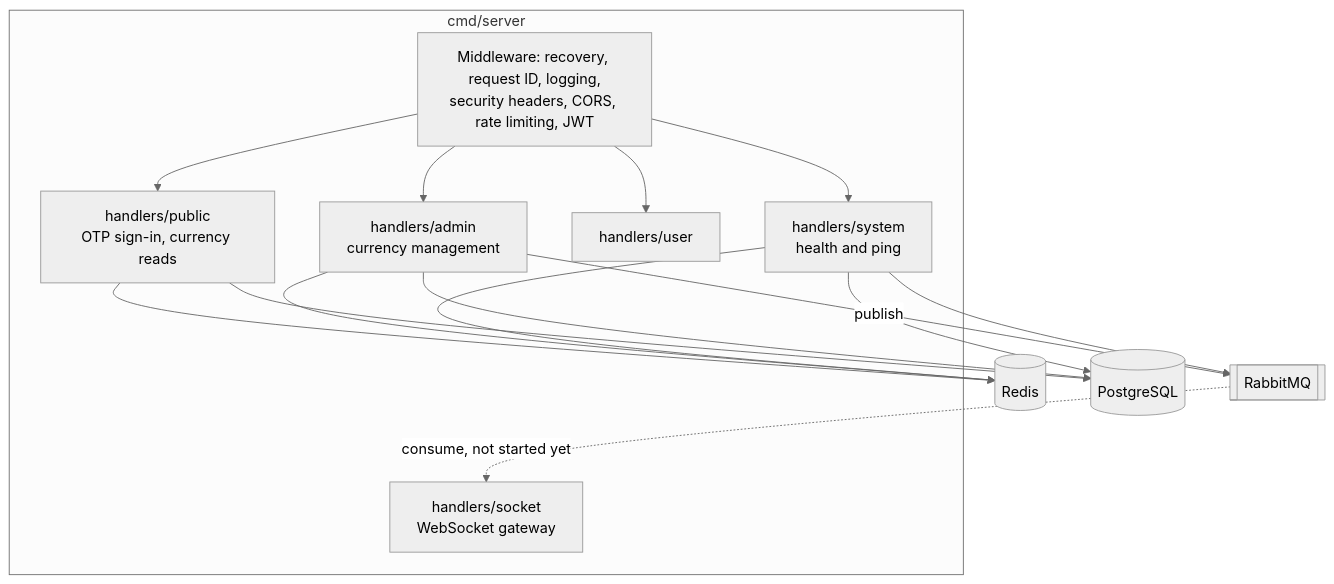
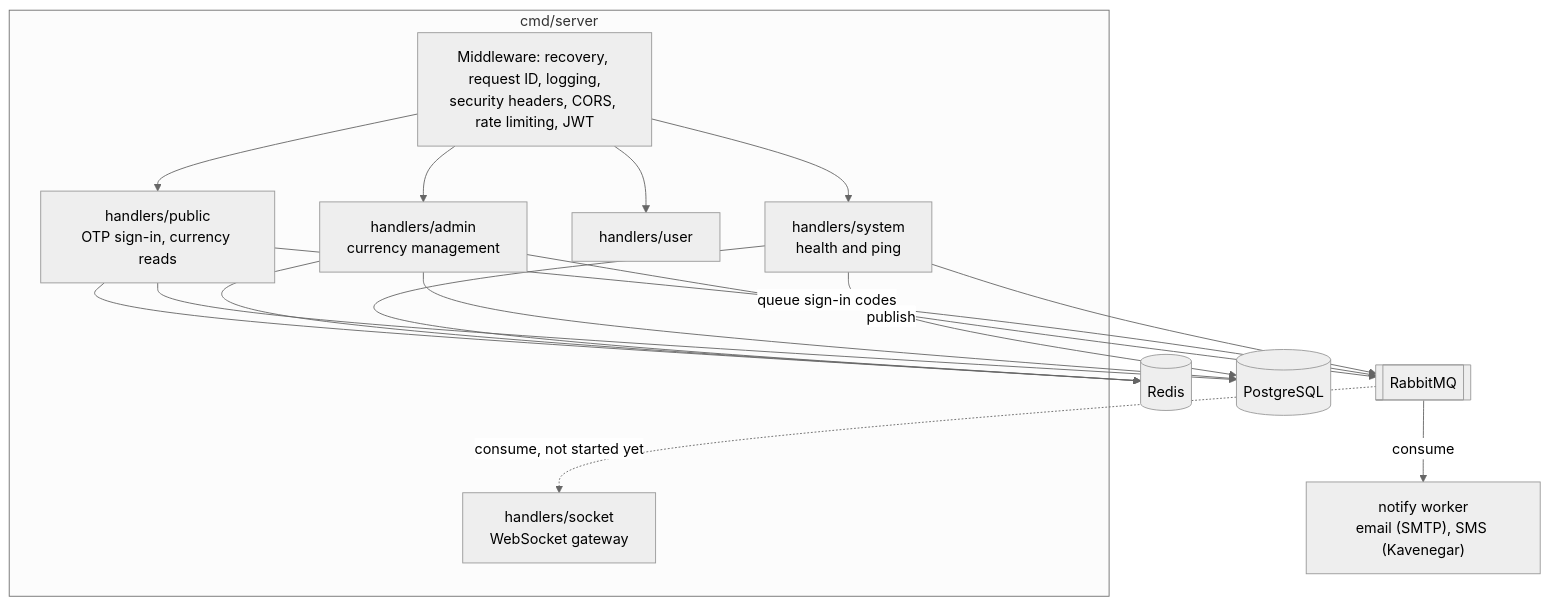
One commit to mdastpak/Crypto-Exchange changed the first of 2 diagrams in docs/architecture.md. Above: the diagram before and after it, drawn with Mermaid (neutral theme). The commit also changed other lines of this file and 32 other files, not shown here.

First line of the commit message:
feat(notify): deliver OTP codes by email and SMS through RabbitMQ

````diff
--- a/docs/architecture.md
+++ b/docs/architecture.md
@@ -9,19 +9,21 @@
 ```mermaid
 flowchart TB
     subgraph Server["cmd/server"]
         mw["Middleware: recovery, request ID, logging,<br/>security headers, CORS, rate limiting, JWT"]
         public["handlers/public<br/>OTP sign-in, currency reads"]
         admin["handlers/admin<br/>currency management"]
         user["handlers/user"]
         system["handlers/system<br/>health and ping"]
         socket["handlers/socket<br/>WebSocket gateway"]
     end
     mw --> public & admin & user & system
     public --> redis[(Redis)]
     public --> pg[(PostgreSQL)]
     admin --> pg
     admin --> redis
     admin -->|publish| mq[[RabbitMQ]]
+    public -->|queue sign-in codes| mq
+    mq -->|consume| notify["notify worker<br/>email (SMTP), SMS (Kavenegar)"]
     mq -.->|consume, not started yet| socket
     system --> pg & redis & mq
 ```
````
